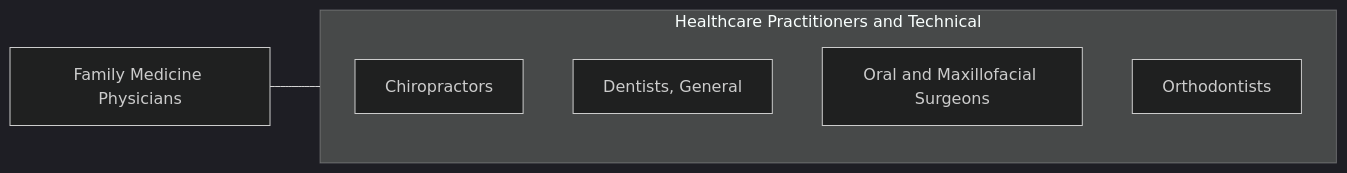
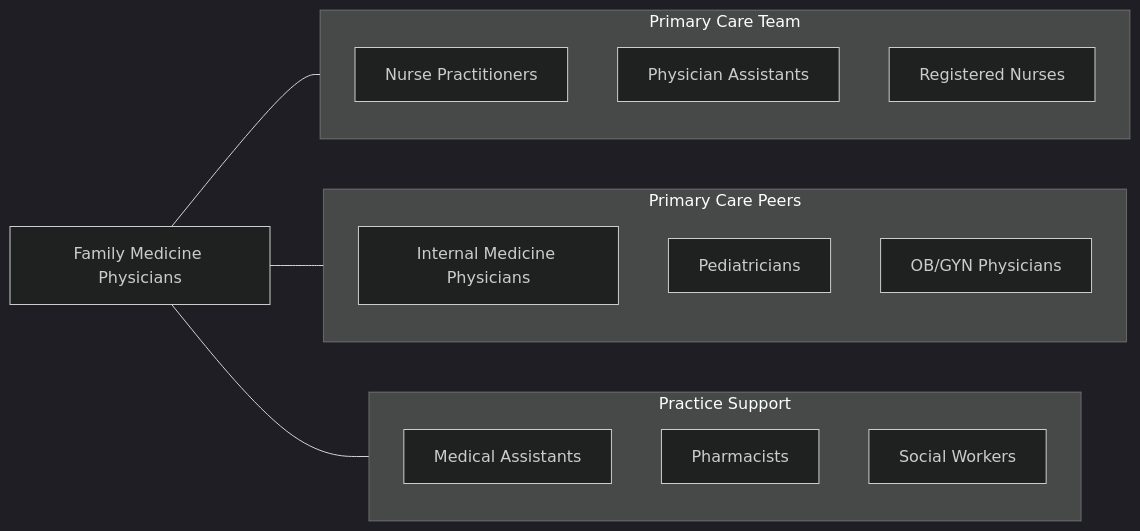
One commit to kziemski/business.org.ai changed the fourth of 4 diagrams in occupations/HealthcarePractitioners/FamilyMedicinePhysicians.mdx. Above: the diagram before and after it, drawn with Mermaid (dark theme). The commit also changed other lines of this file and 938 other files, not shown here.

````diff
--- a/occupations/HealthcarePractitioners/FamilyMedicinePhysicians.mdx
+++ b/occupations/HealthcarePractitioners/FamilyMedicinePhysicians.mdx
@@ -115,13 +215,26 @@
 ```mermaid
 graph LR
     Current["Family Medicine Physicians"]
 
-    subgraph SameCategory["Healthcare Practitioners and Technical"]
-        Chiropractors["Chiropractors"]
-        DentistsGeneral["Dentists, General"]
-        OralAndMaxillofacial["Oral and Maxillofacial Surgeons"]
-        Orthodontists["Orthodontists"]
+    subgraph PrimaryCareTeam["Primary Care Team"]
+        NP["Nurse Practitioners"]
+        PA["Physician Assistants"]
+        RN["Registered Nurses"]
     end
 
-    Current --- SameCategory
+    subgraph PrimaryCarePeers["Primary Care Peers"]
+        Internists["Internal Medicine Physicians"]
+        Pediatricians["Pediatricians"]
+        OBGyn["OB/GYN Physicians"]
+    end
+
+    subgraph Support["Practice Support"]
+        MA["Medical Assistants"]
+        Pharmacists["Pharmacists"]
+        SW["Social Workers"]
+    end
+
+    Current --- PrimaryCareTeam
+    Current --- PrimaryCarePeers
+    Current --- Support
 ```
````
